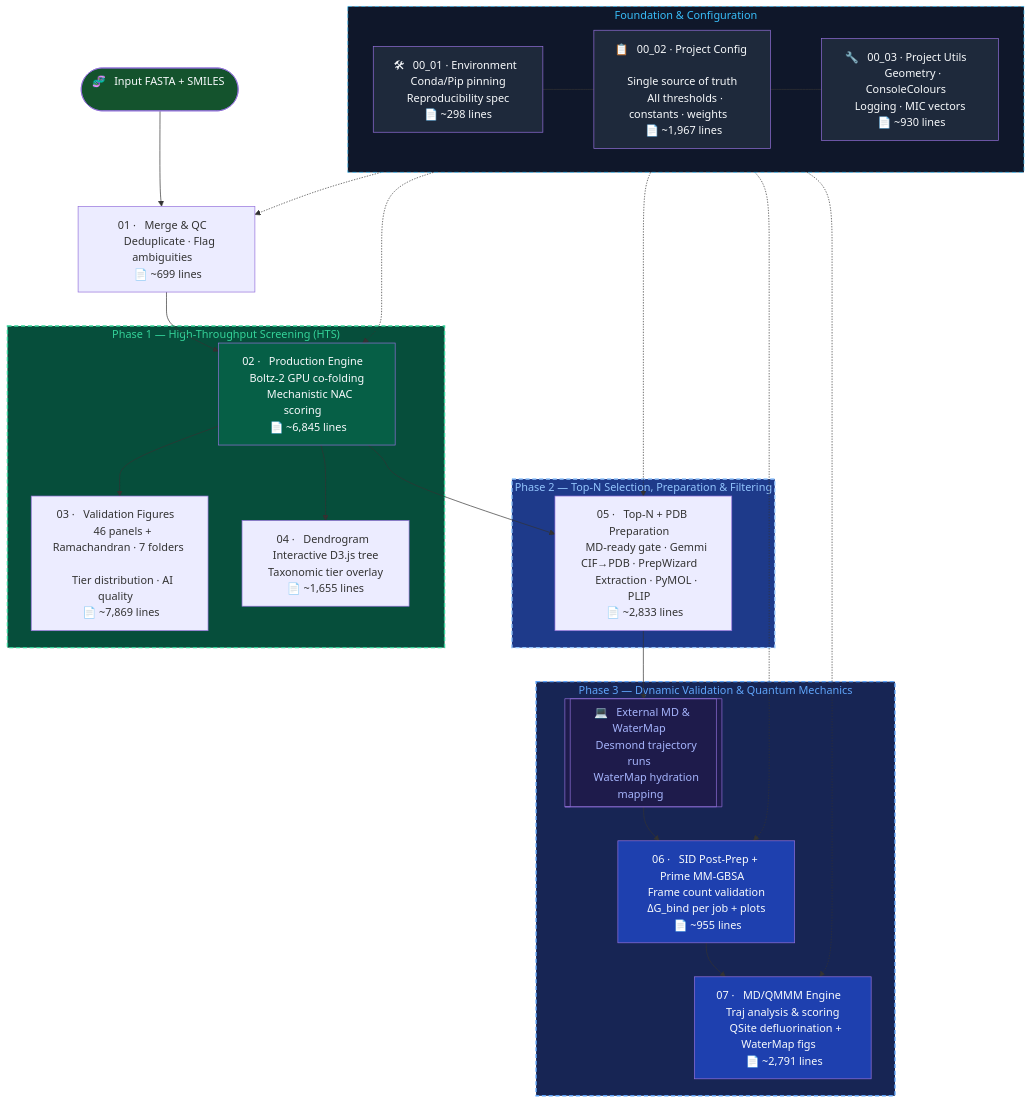
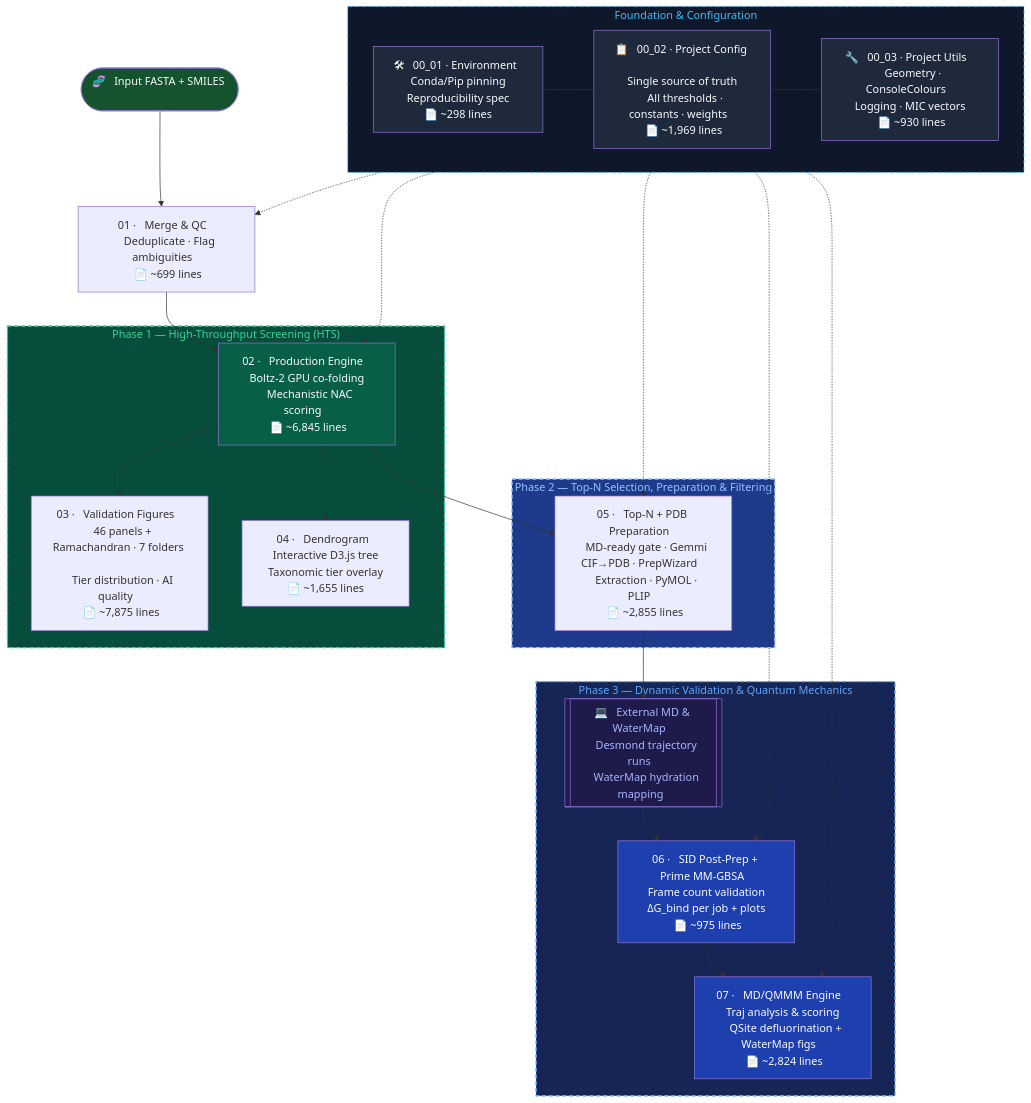
One commit to KU-MGB/DeFluorX changed the diagram in README.md. Above: the diagram before and after it, drawn with Mermaid. The commit also changed 5 other files, not shown here.

````diff
--- a/README.md
+++ b/README.md
@@ -189,56 +189,56 @@
 ```mermaid
 flowchart TD
     subgraph FOUNDATION["  Foundation & Configuration  "]
         ENV["🛠 &nbsp; 00_01 · Environment &nbsp; \n &nbsp; Conda/Pip pinning &nbsp; \n &nbsp; Reproducibility spec &nbsp; \n &nbsp; 📄 ~298 lines &nbsp; "]
-        CFG["📋 &nbsp; 00_02 · Project Config &nbsp; \n &nbsp; Single source of truth &nbsp; \n &nbsp; All thresholds · constants · weights &nbsp; \n &nbsp; 📄 ~1,967 lines &nbsp; "]
+        CFG["📋 &nbsp; 00_02 · Project Config &nbsp; \n &nbsp; Single source of truth &nbsp; \n &nbsp; All thresholds · constants · weights &nbsp; \n &nbsp; 📄 ~1,969 lines &nbsp; "]
         UTL["🔧 &nbsp; 00_03 · Project Utils &nbsp; \n &nbsp; Geometry · ConsoleColours &nbsp; \n &nbsp; Logging · MIC vectors &nbsp; \n &nbsp; 📄 ~930 lines &nbsp; "]
         ENV --- CFG --- UTL
     end
 
     START([🧬 &nbsp; Input FASTA + SMILES &nbsp;]) --> M1
     M1["01 · &nbsp; Merge & QC &nbsp; \n &nbsp; Deduplicate · Flag ambiguities &nbsp; \n &nbsp; 📄 ~699 lines &nbsp; "] --> M2
 
     subgraph PHASE1["  Phase 1 — High-Throughput Screening (HTS)  "]
         M2["02 · &nbsp; Production Engine &nbsp; \n &nbsp; Boltz-2 GPU co-folding &nbsp; \n &nbsp; Mechanistic NAC scoring &nbsp; \n &nbsp; 📄 ~6,845 lines &nbsp; "]
-        M3["03 · &nbsp; Validation Figures &nbsp; \n &nbsp; 46 panels + Ramachandran · 7 folders &nbsp; \n &nbsp; Tier distribution · AI quality &nbsp; \n &nbsp; 📄 ~7,869 lines &nbsp; "]
+        M3["03 · &nbsp; Validation Figures &nbsp; \n &nbsp; 46 panels + Ramachandran · 7 folders &nbsp; \n &nbsp; Tier distribution · AI quality &nbsp; \n &nbsp; 📄 ~7,875 lines &nbsp; "]
         M4["04 · &nbsp; Dendrogram &nbsp; \n &nbsp; Interactive D3.js tree &nbsp; \n &nbsp; Taxonomic tier overlay &nbsp; \n &nbsp; 📄 ~1,655 lines &nbsp; "]
         M2 --> M3
         M2 --> M4
     end
 
     M2 --> M5
 
     subgraph PHASE2["  Phase 2 — Top-N Selection, Preparation & Filtering  "]
-        M5["05 · &nbsp; Top-N + PDB Preparation &nbsp; \n &nbsp; MD-ready gate · Gemmi CIF→PDB · PrepWizard &nbsp; \n &nbsp; Extraction · PyMOL · PLIP &nbsp; \n &nbsp; 📄 ~2,833 lines &nbsp; "]
+        M5["05 · &nbsp; Top-N + PDB Preparation &nbsp; \n &nbsp; MD-ready gate · Gemmi CIF→PDB · PrepWizard &nbsp; \n &nbsp; Extraction · PyMOL · PLIP &nbsp; \n &nbsp; 📄 ~2,855 lines &nbsp; "]
     end
 
     M5 --> EXT_MD
 
     subgraph PHASE3["  Phase 3 — Dynamic Validation & Quantum Mechanics  "]
         EXT_MD[["💻 &nbsp; External MD & WaterMap &nbsp; \n &nbsp; Desmond trajectory runs &nbsp; \n &nbsp; WaterMap hydration mapping &nbsp;"]]
-        M6["06 · &nbsp; SID Post-Prep + Prime MM-GBSA &nbsp; \n &nbsp; Frame count validation &nbsp; \n &nbsp; ΔG_bind per job + plots &nbsp; \n &nbsp; 📄 ~955 lines &nbsp; "]
-        M7["07 · &nbsp; MD/QMMM Engine &nbsp; \n &nbsp; Traj analysis & scoring &nbsp; \n &nbsp; QSite defluorination + WaterMap figs &nbsp; \n &nbsp; 📄 ~2,791 lines &nbsp; "]
+        M6["06 · &nbsp; SID Post-Prep + Prime MM-GBSA &nbsp; \n &nbsp; Frame count validation &nbsp; \n &nbsp; ΔG_bind per job + plots &nbsp; \n &nbsp; 📄 ~975 lines &nbsp; "]
+        M7["07 · &nbsp; MD/QMMM Engine &nbsp; \n &nbsp; Traj analysis & scoring &nbsp; \n &nbsp; QSite defluorination + WaterMap figs &nbsp; \n &nbsp; 📄 ~2,824 lines &nbsp; "]
         EXT_MD --> M6 --> M7
     end
 
     %% Dependencies
     FOUNDATION -.-> M1
     FOUNDATION -.-> M2
     FOUNDATION -.-> M5
     FOUNDATION -.-> M6
     FOUNDATION -.-> M7
 
     style FOUNDATION fill:#0f172a,color:#38bdf8,stroke:#38bdf8
     style CFG fill:#1e293b,color:#f8fafc
     style UTL fill:#1e293b,color:#f8fafc
     style ENV fill:#1e293b,color:#f8fafc
     style PHASE1 fill:#064e3b,color:#34d399,stroke:#34d399,stroke-width:2px,stroke-dasharray: 6 4
     style PHASE2 fill:#1e3a8a,color:#93c5fd,stroke:#93c5fd,stroke-width:2px,stroke-dasharray: 6 4
     style PHASE3 fill:#172554,color:#60a5fa,stroke:#60a5fa,stroke-width:2px,stroke-dasharray: 6 4
     style FOUNDATION stroke-dasharray: 6 4
     style M2 fill:#065f46,color:#f8fafc
     style M6 fill:#1e40af,color:#f8fafc
     style M7 fill:#1e40af,color:#f8fafc
     style START fill:#14532d,color:#f8fafc
     style EXT_MD fill:#1e1b4b,color:#a5b4fc
 ```
````
